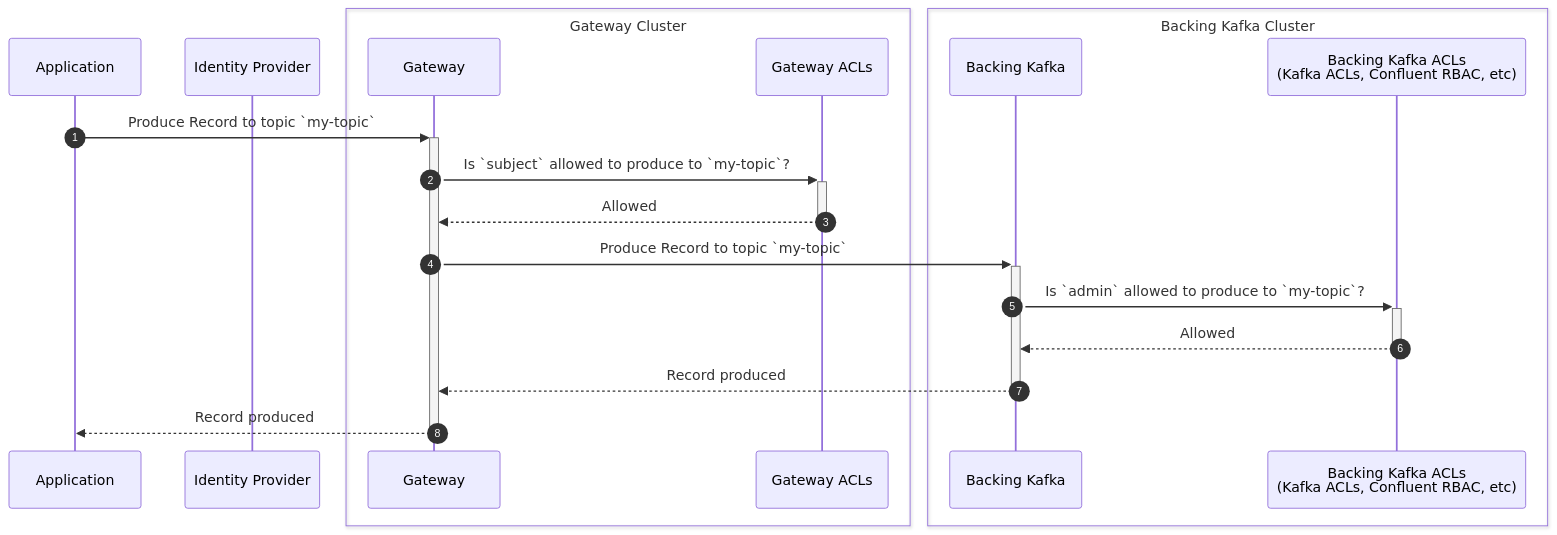
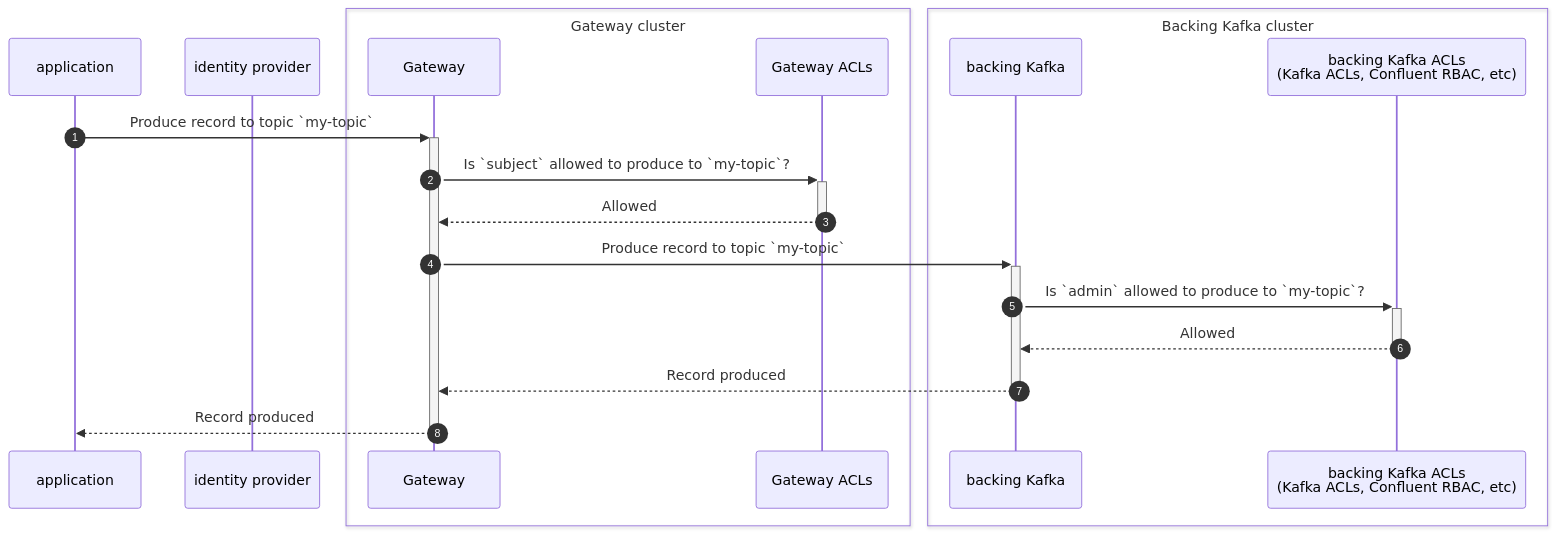
The fourth of 8 diagrams in docs/gateway/configuration/index.md (conduktor/conduktor-docs), drawn with Mermaid before and after one commit. The commit also changed other lines of this file, not shown here.

````diff
--- a/docs/gateway/configuration/index.md
+++ b/docs/gateway/configuration/index.md
@@ -99,22 +106,22 @@
 ```mermaid
 sequenceDiagram
 	autonumber
-	participant A as Application 
-	participant I as Identity Provider
-	box Gateway Cluster
+	participant A as application 
+	participant I as identity provider
+	box Gateway cluster
     participant GW as Gateway
     participant GW2 as Gateway ACLs
     end
-    box Backing Kafka Cluster
-    participant K as Backing Kafka 
-    participant K2 as Backing Kafka ACLs<br/>(Kafka ACLs, Confluent RBAC, etc)
+    box Backing Kafka cluster
+    participant K as backing Kafka 
+    participant K2 as backing Kafka ACLs<br/>(Kafka ACLs, Confluent RBAC, etc)
     end
-    A->>+GW: Produce Record to topic `my-topic`
+    A->>+GW: Produce record to topic `my-topic`
     GW->>+GW2: Is `subject` allowed to produce to `my-topic`?
     GW2-->>-GW: Allowed
-    GW->>+K: Produce Record to topic `my-topic`
+    GW->>+K: Produce record to topic `my-topic`
     K->>+K2: Is `admin` allowed to produce to `my-topic`?
     K2-->>-K: Allowed
     K-->>-GW: Record produced
     GW-->>-A: Record produced
 ```
````
